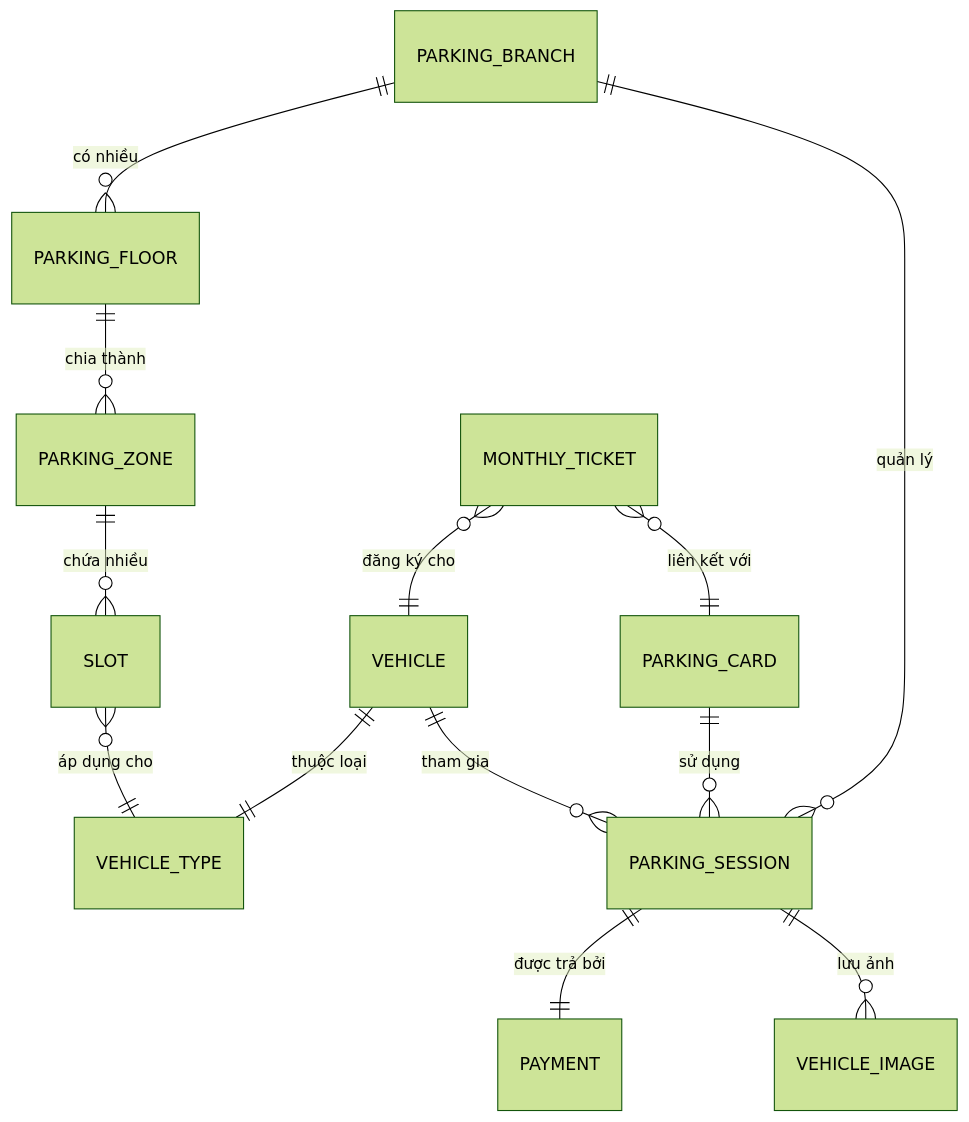
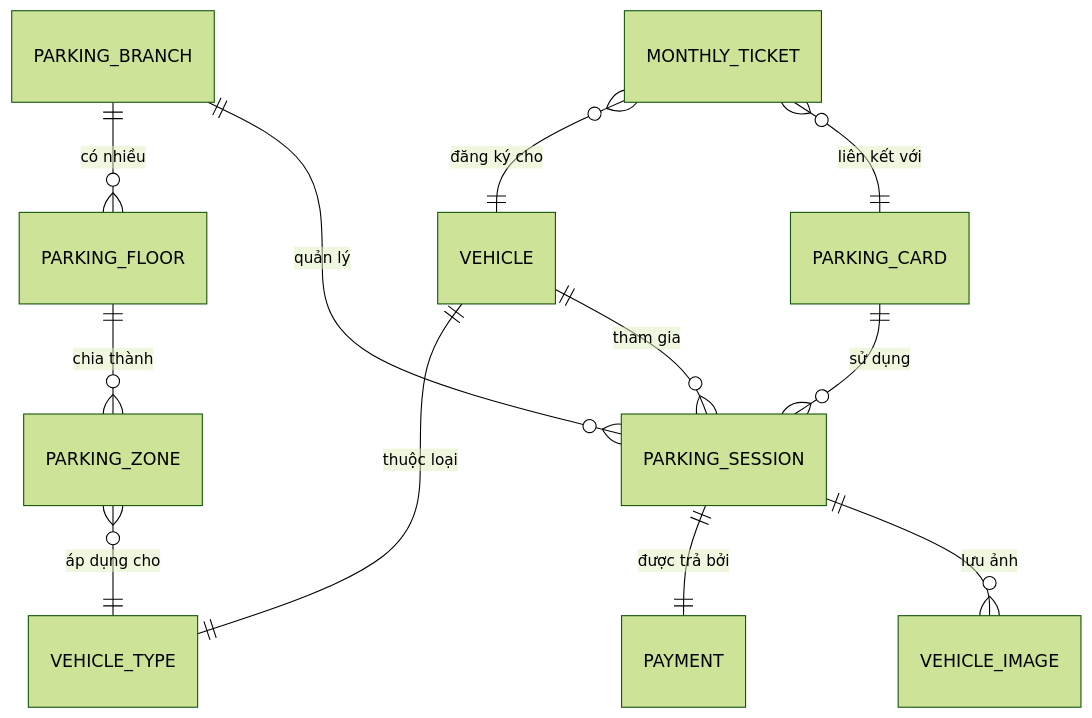
One commit to huynhngocduy3122021-sys/SWP391_G5_BE changed the diagram in docs/02_DATABASE.md. Above: the diagram before and after it, drawn with Mermaid (forest theme). The commit also changed other lines of this file and 28 other files, not shown here.

````diff
--- a/docs/02_DATABASE.md
+++ b/docs/02_DATABASE.md
@@ -11,18 +11,17 @@
 ```mermaid
 erDiagram
     PARKING_BRANCH ||--o{ PARKING_FLOOR : "có nhiều"
     PARKING_FLOOR ||--o{ PARKING_ZONE : "chia thành"
-    PARKING_ZONE ||--o{ SLOT : "chứa nhiều"
-    SLOT }o--|| VEHICLE_TYPE : "áp dụng cho"
+    PARKING_ZONE }o--|| VEHICLE_TYPE : "áp dụng cho"
     
     VEHICLE ||--|| VEHICLE_TYPE : "thuộc loại"
     VEHICLE ||--o{ PARKING_SESSION : "tham gia"
     PARKING_CARD ||--o{ PARKING_SESSION : "sử dụng"
     PARKING_BRANCH ||--o{ PARKING_SESSION : "quản lý"
     
     PARKING_SESSION ||--|| PAYMENT : "được trả bởi"
     PARKING_SESSION ||--o{ VEHICLE_IMAGE : "lưu ảnh"
 
     MONTHLY_TICKET }o--|| VEHICLE : "đăng ký cho"
     MONTHLY_TICKET }o--|| PARKING_CARD : "liên kết với"
 ```
````
